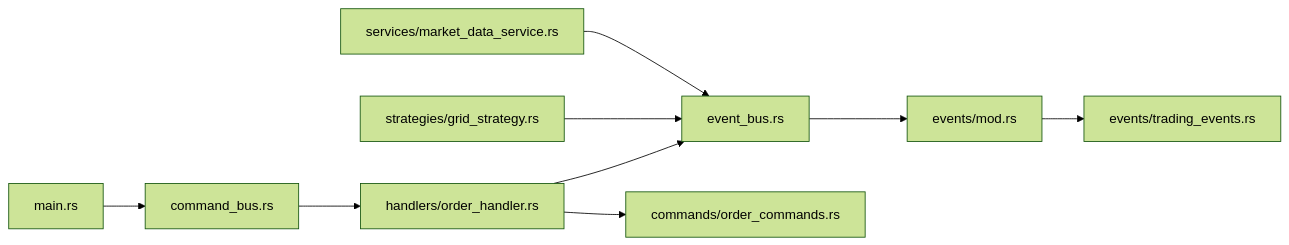
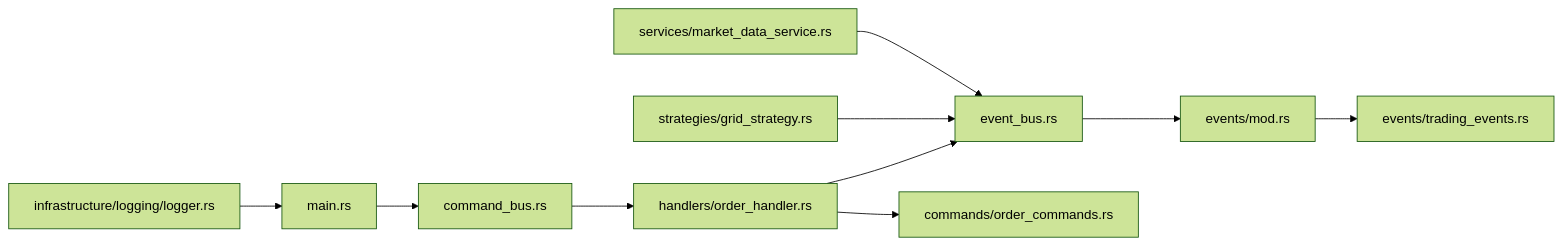
Before and after one commit to Heres1/binanceWebsocket: the sixth of 6 diagrams in .qoder/repowiki/zh/content/业务服务/订单处理服务.md, drawn with Mermaid (forest theme). The commit also changed other lines of this file and 8 other files, not shown here.

````diff
--- a/.qoder/repowiki/zh/content/业务服务/订单处理服务.md
+++ b/.qoder/repowiki/zh/content/业务服务/订单处理服务.md
@@ -300,11 +331,12 @@
 ```mermaid
 graph LR
 MAIN["main.rs"] --> CMD_BUS["command_bus.rs"]
 CMD_BUS --> ORDER_CMD_HANDLER["handlers/order_handler.rs"]
 ORDER_CMD_HANDLER --> EVENT_BUS["event_bus.rs"]
 ORDER_CMD_HANDLER --> ORDER_CMD["commands/order_commands.rs"]
 EVENT_BUS --> DOMAIN_EVENT["events/mod.rs"]
 DOMAIN_EVENT --> TRADING_EVENTS["events/trading_events.rs"]
 GRID_STRATEGY["strategies/grid_strategy.rs"] --> EVENT_BUS
 MARKET_DATA["services/market_data_service.rs"] --> EVENT_BUS
+LOGGER["infrastructure/logging/logger.rs"] --> MAIN
 ```
````
